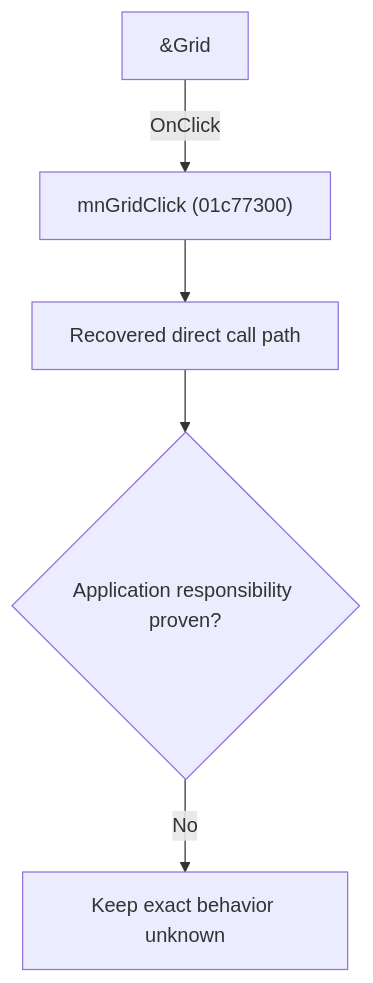
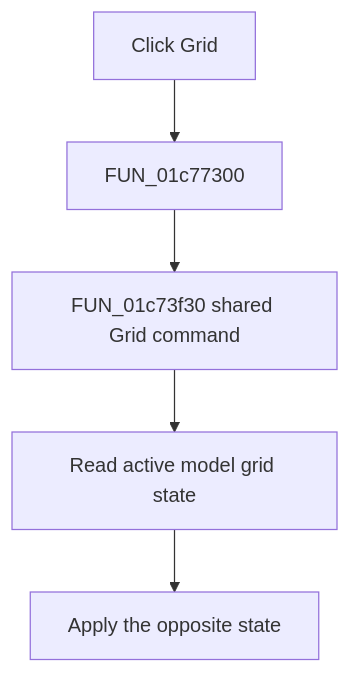
One commit to MovGP0/TIARA changed the diagram in docs/ui-controls/schematiceditor/mngrid-03fe7062f2.md. Above: the diagram before and after it, drawn with Mermaid. The commit also changed other lines of this file and 241 other files, not shown here.

````diff
--- a/docs/ui-controls/schematiceditor/mngrid-03fe7062f2.md
+++ b/docs/ui-controls/schematiceditor/mngrid-03fe7062f2.md
@@ -27,7 +27,7 @@
 ```mermaid
 flowchart TD
-    control["&Grid"] -->|"OnClick"| handler["mnGridClick (01c77300)"]
-    handler --> recovered["Recovered direct call path"]
-    recovered --> gap{"Application responsibility proven?"}
-    gap -->|"No"| blocked["Keep exact behavior unknown"]
+    control["Click Grid"] --> handler["FUN_01c77300"]
+    handler --> shared["FUN_01c73f30 shared Grid command"]
+    shared --> read["Read active model grid state"]
+    read --> apply["Apply the opposite state"]
 ```
````
